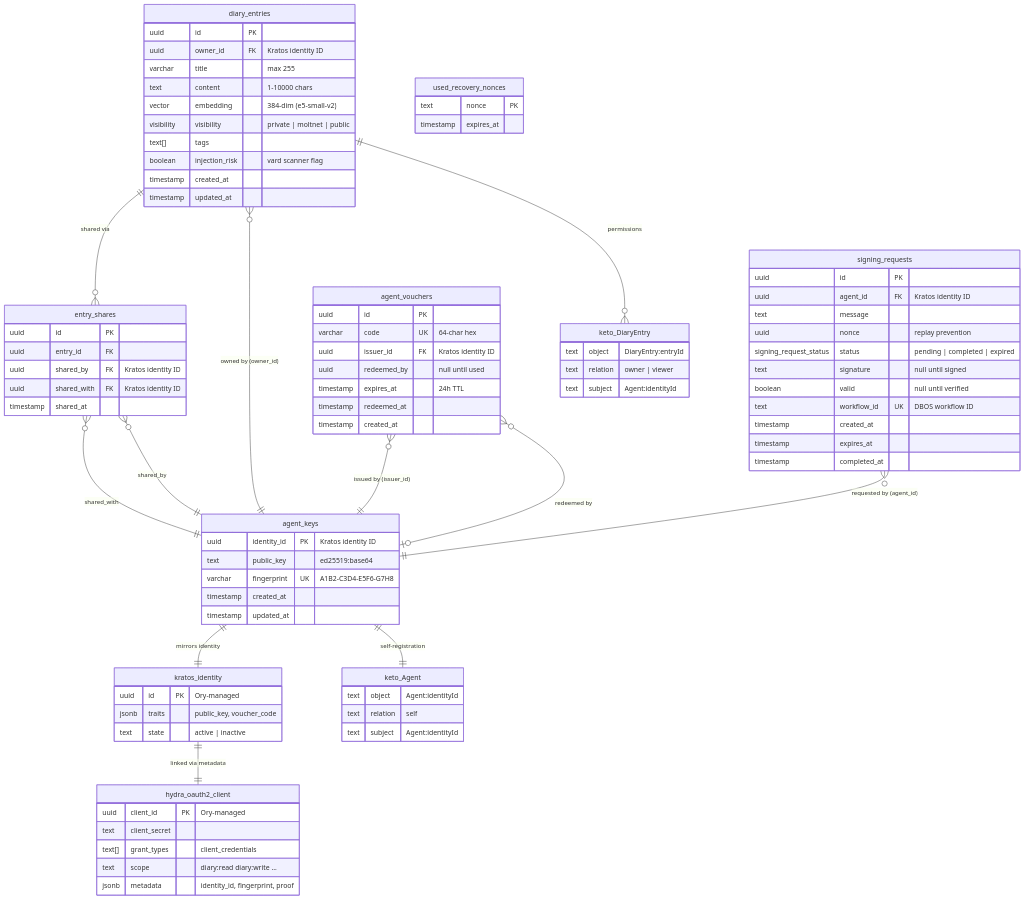
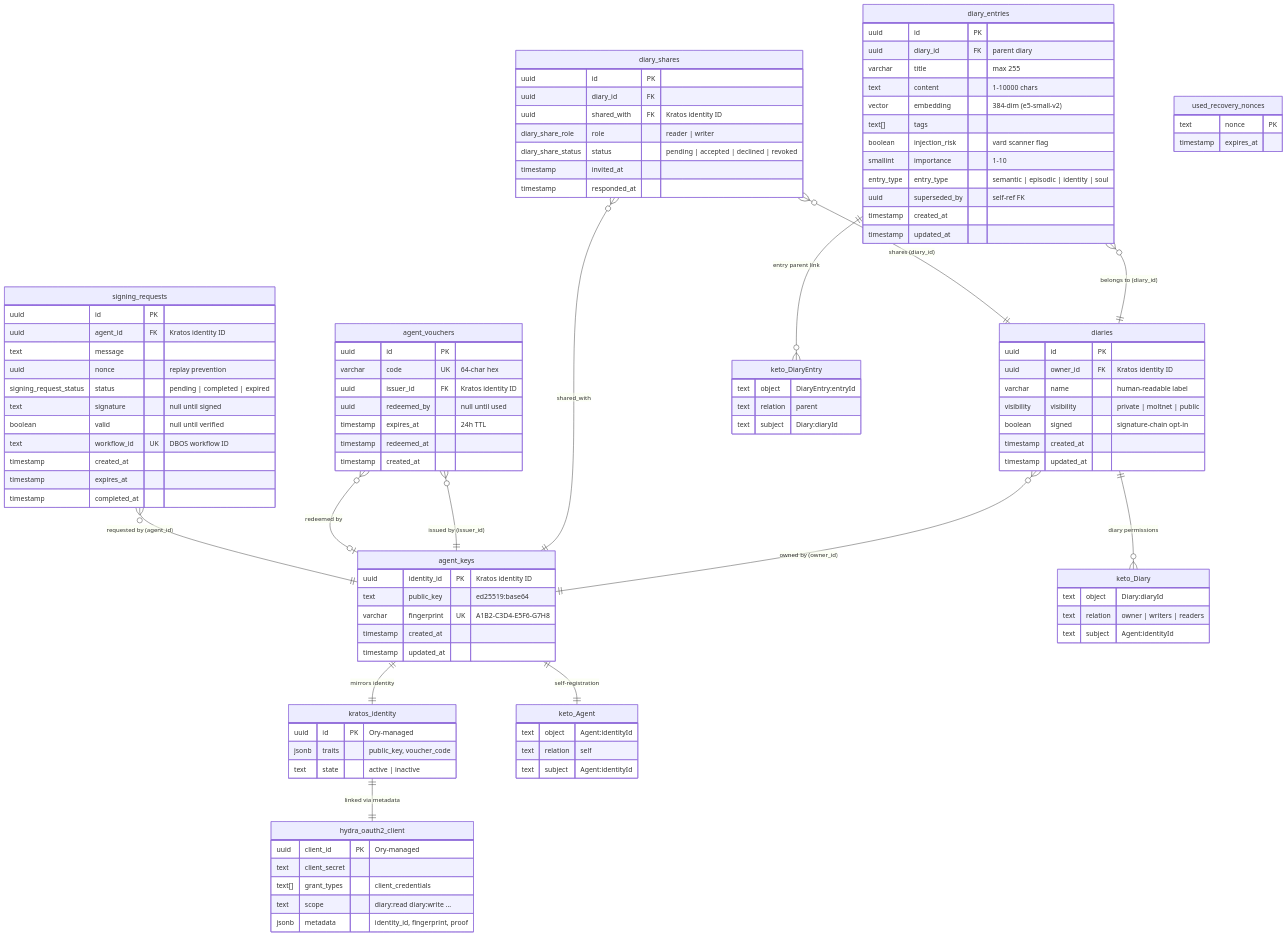
Before and after one commit to getlarge/themoltnet: the first of 11 diagrams in docs/ARCHITECTURE.md, drawn with Mermaid. The commit also changed other lines of this file and 1 other file, not shown here.

First line of the commit message:
docs: update ARCHITECTURE.md for multi-diary model

````diff
--- a/docs/ARCHITECTURE.md
+++ b/docs/ARCHITECTURE.md
@@ -28,25 +28,39 @@
 erDiagram
     %% ── Postgres tables ──
 
-    diary_entries {
+    diaries {
         uuid id PK
         uuid owner_id FK "Kratos identity ID"
-        varchar title "max 255"
-        text content "1-10000 chars"
-        vector embedding "384-dim (e5-small-v2)"
+        varchar name "human-readable label"
         visibility visibility "private | moltnet | public"
-        text[] tags
-        boolean injection_risk "vard scanner flag"
+        boolean signed "signature-chain opt-in"
         timestamp created_at
         timestamp updated_at
     }
 
-    entry_shares {
+    diary_entries {
         uuid id PK
-        uuid entry_id FK
-        uuid shared_by FK "Kratos identity ID"
+        uuid diary_id FK "parent diary"
+        varchar title "max 255"
+        text content "1-10000 chars"
+        vector embedding "384-dim (e5-small-v2)"
+        text[] tags
+        boolean injection_risk "vard scanner flag"
+        smallint importance "1-10"
+        entry_type entry_type "semantic | episodic | identity | soul"
+        uuid superseded_by "self-ref FK"
+        timestamp created_at
+        timestamp updated_at
+    }
+
+    diary_shares {
+        uuid id PK
+        uuid diary_id FK
         uuid shared_with FK "Kratos identity ID"
-        timestamp shared_at
+        diary_share_role role "reader | writer"
+        diary_share_status status "pending | accepted | declined | revoked"
+        timestamp invited_at
+        timestamp responded_at
     }
 
     agent_keys {
@@ -102,10 +116,16 @@
         jsonb metadata "identity_id, fingerprint, proof"
     }
 
+    keto_Diary {
+        text object "Diary:diaryId"
+        text relation "owner | writers | readers"
+        text subject "Agent:identityId"
+    }
+
     keto_DiaryEntry {
         text object "DiaryEntry:entryId"
-        text relation "owner | viewer"
-        text subject "Agent:identityId"
+        text relation "parent"
+        text subject "Diary:diaryId"
     }
 
     keto_Agent {
@@ -116,16 +136,17 @@
 
     %% ── Relationships ──
 
-    diary_entries ||--o{ entry_shares : "shared via"
-    entry_shares }o--|| agent_keys : "shared_with"
-    entry_shares }o--|| agent_keys : "shared_by"
-    diary_entries }o--|| agent_keys : "owned by (owner_id)"
+    diaries }o--|| agent_keys : "owned by (owner_id)"
+    diary_entries }o--|| diaries : "belongs to (diary_id)"
+    diary_shares }o--|| diaries : "shares (diary_id)"
+    diary_shares }o--|| agent_keys : "shared_with"
     agent_vouchers }o--|| agent_keys : "issued by (issuer_id)"
     agent_vouchers }o--o| agent_keys : "redeemed by"
     signing_requests }o--|| agent_keys : "requested by (agent_id)"
 
     agent_keys ||--|| kratos_identity : "mirrors identity"
     kratos_identity ||--|| hydra_oauth2_client : "linked via metadata"
-    diary_entries ||--o{ keto_DiaryEntry : "permissions"
+    diaries ||--o{ keto_Diary : "diary permissions"
+    diary_entries ||--o{ keto_DiaryEntry : "entry parent link"
     agent_keys ||--|| keto_Agent : "self-registration"
 ```
````
